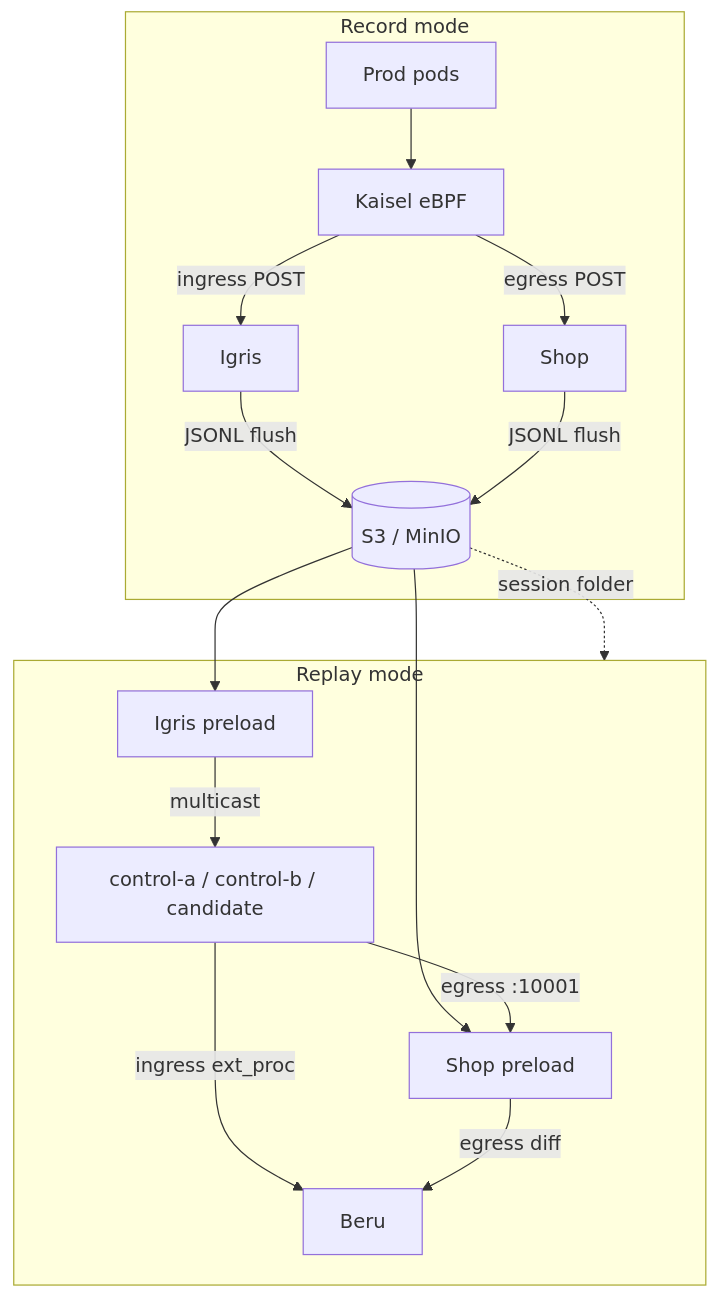
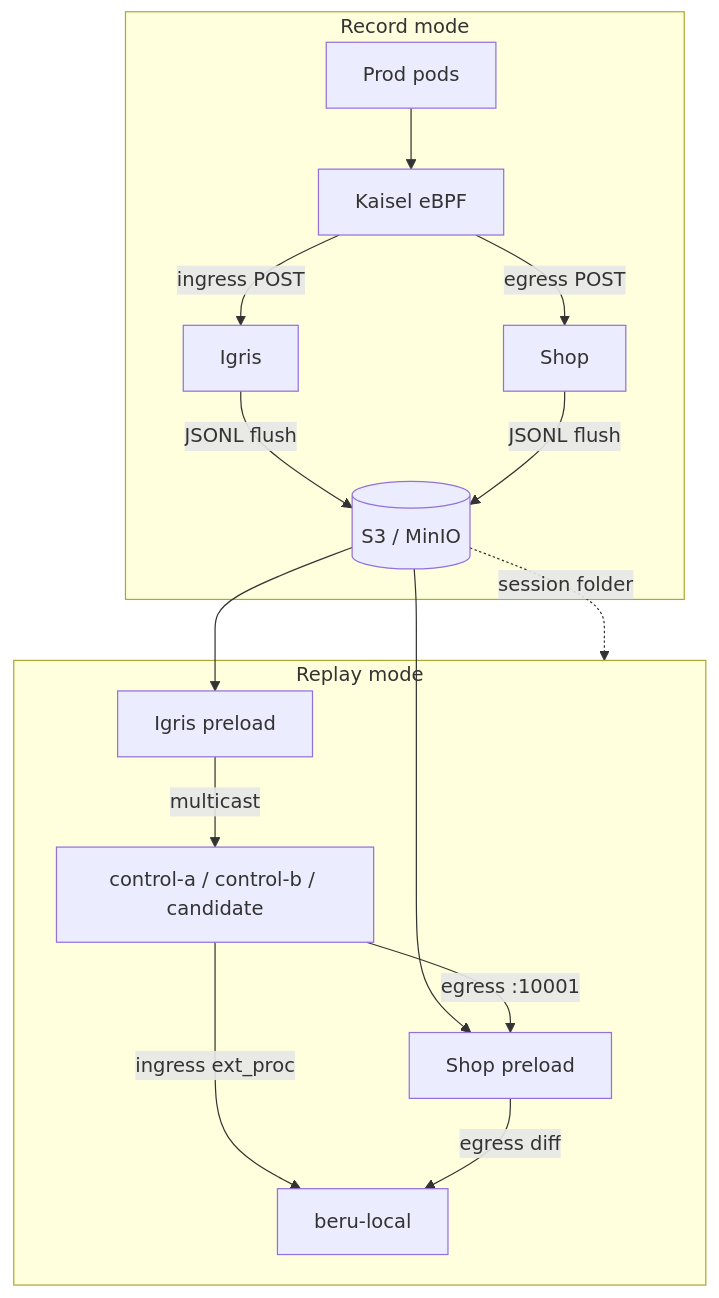
One commit to nederrgo/shadow-diff changed the first of 3 diagrams in docs/architecture/ARCHITECTURE.md. Above: the diagram before and after it, drawn with Mermaid. The commit also changed other lines of this file and 46 other files, not shown here.

Commit message:
helm chart

````diff
--- a/docs/architecture/ARCHITECTURE.md
+++ b/docs/architecture/ARCHITECTURE.md
@@ -44,21 +51,21 @@
 ```mermaid
 flowchart TB
   subgraph recordMode [Record mode]
     ProdR[Prod pods] --> KaiselR[Kaisel eBPF]
     KaiselR -->|ingress POST| IgrisR[Igris]
     KaiselR -->|egress POST| ShopR[Shop]
     IgrisR -->|JSONL flush| S3[(S3 / MinIO)]
     ShopR -->|JSONL flush| S3
   end
 
   subgraph replayMode [Replay mode]
     S3 --> ShopP[Shop preload]
     S3 --> IgrisP[Igris preload]
     IgrisP -->|multicast| ABC[control-a / control-b / candidate]
     ABC -->|egress :10001| ShopP
-    ABC -->|ingress ext_proc| Beru[Beru]
+    ABC -->|ingress ext_proc| Beru[beru-local]
     ShopP -->|egress diff| Beru
   end
 
   S3 -.->|session folder| replayMode
 ```
````
